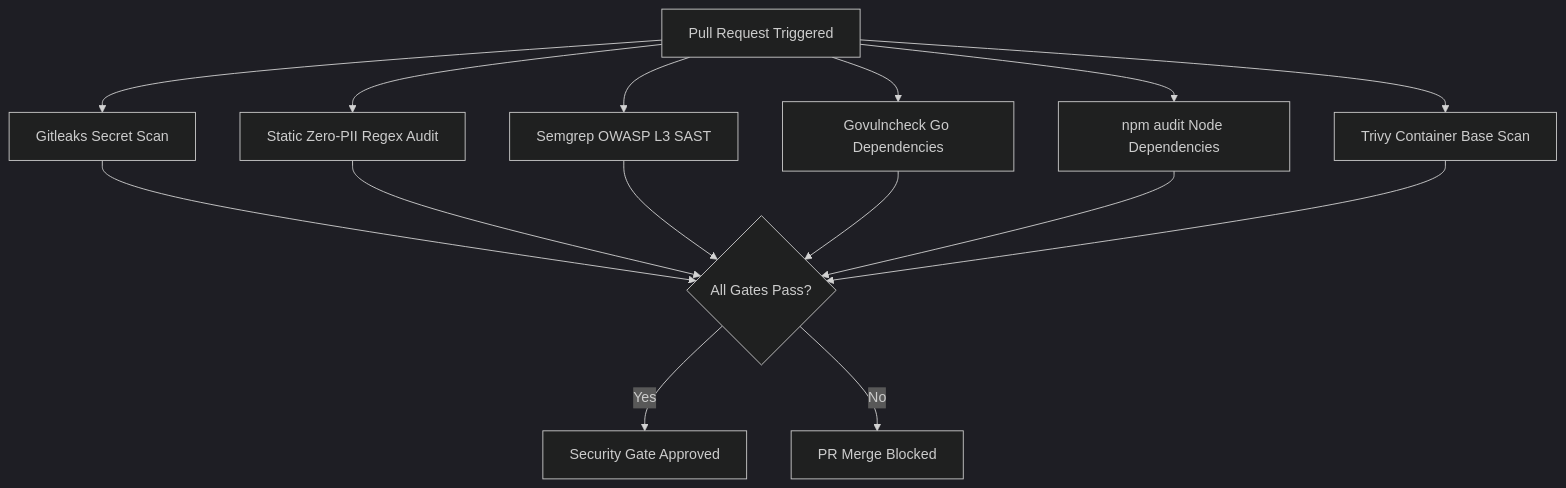
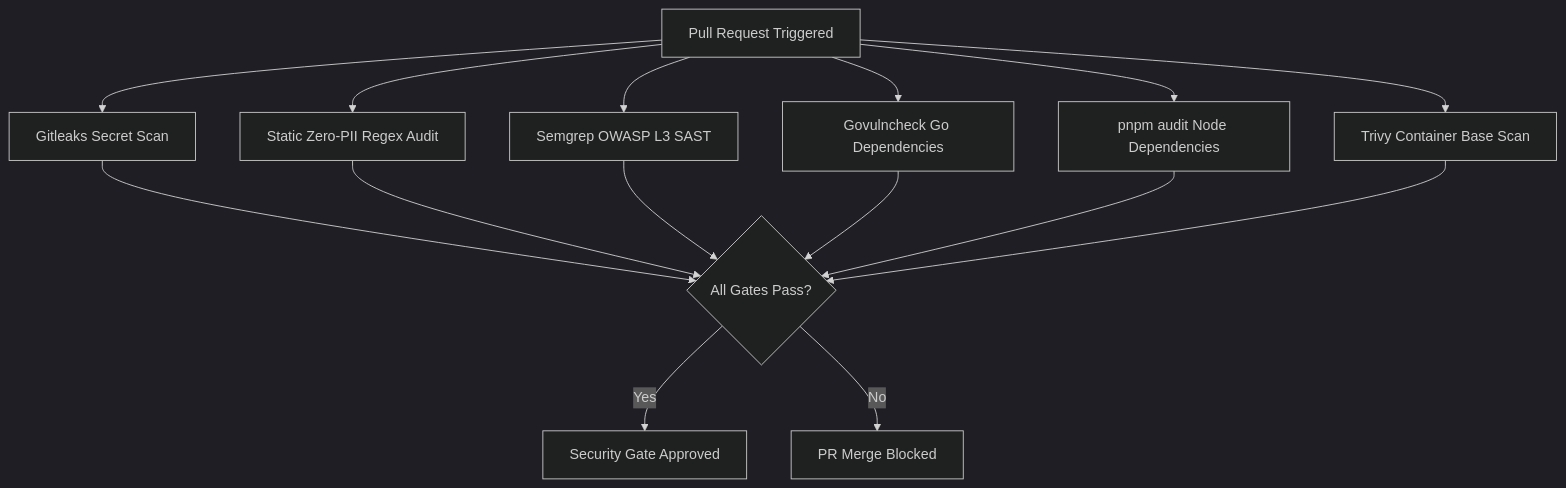
The diagram in docs/quality/SECURITY_QA.md (YDink/Heavy-Machinery-Logistics-Rental), drawn with Mermaid (dark theme) before and after one commit. The commit also changed other lines of this file and 183 other files, not shown here.

````diff
--- a/docs/quality/SECURITY_QA.md
+++ b/docs/quality/SECURITY_QA.md
@@ -160,19 +160,19 @@
 ```mermaid
 flowchart TD
   PR[Pull Request Triggered] --> Gitleaks[Gitleaks Secret Scan]
   PR --> RegexPII[Static Zero-PII Regex Audit]
   PR --> Semgrep[Semgrep OWASP L3 SAST]
   PR --> Govuln[Govulncheck Go Dependencies]
-  PR --> NpmAudit[npm audit Node Dependencies]
+  PR --> NpmAudit[pnpm audit Node Dependencies]
   PR --> Trivy[Trivy Container Base Scan]
   
   Gitleaks --> Gate{All Gates Pass?}
   RegexPII --> Gate
   Semgrep --> Gate
   Govuln --> Gate
   NpmAudit --> Gate
   Trivy --> Gate
   
   Gate -- Yes --> Approve[Security Gate Approved]
   Gate -- No --> Block[PR Merge Blocked]
 ```
````
